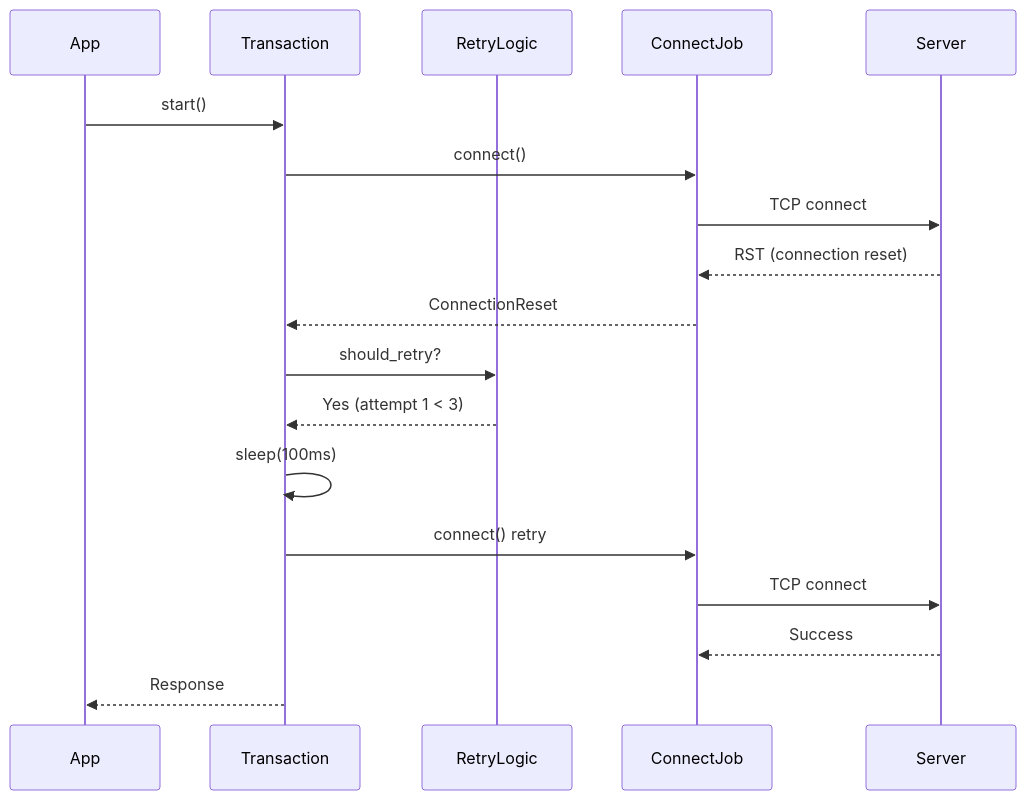
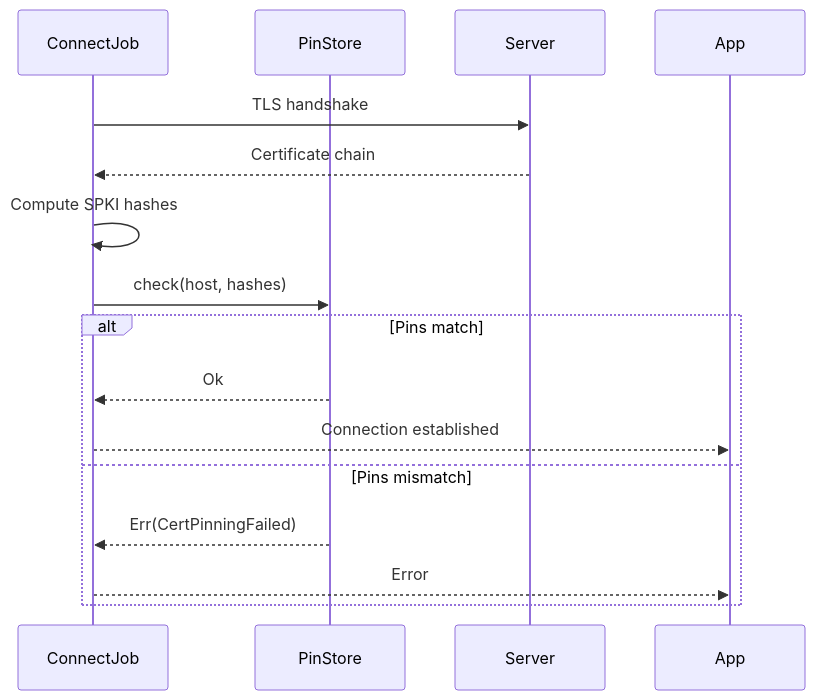
The fourth of 6 diagrams in chromenet/docs/codemap.md (devanjumg70/gdlraw), drawn with Mermaid before and after one commit. The commit also changed other lines of this file and 5 other files, not shown here.

Commit message:
docs: Add TLS security documentation for HSTS, certificate pinning, and CT verification, and update architecture overview.

````diff
--- a/chromenet/docs/codemap.md
+++ b/chromenet/docs/codemap.md
@@ -108,23 +124,18 @@
 ```mermaid
 sequenceDiagram
-    participant App
-    participant Transaction
-    participant RetryLogic
     participant ConnectJob
+    participant PinStore
     participant Server
 
-    App->>Transaction: start()
-    Transaction->>ConnectJob: connect()
-    ConnectJob->>Server: TCP connect
-    Server-->>ConnectJob: RST (connection reset)
-    ConnectJob-->>Transaction: ConnectionReset
-
-    Transaction->>RetryLogic: should_retry?
-    RetryLogic-->>Transaction: Yes (attempt 1 < 3)
-    Transaction->>Transaction: sleep(100ms)
-
-    Transaction->>ConnectJob: connect() retry
-    ConnectJob->>Server: TCP connect
-    Server-->>ConnectJob: Success
-    Transaction-->>App: Response
+    ConnectJob->>Server: TLS handshake
+    Server-->>ConnectJob: Certificate chain
+    ConnectJob->>ConnectJob: Compute SPKI hashes
+    ConnectJob->>PinStore: check(host, hashes)
+    alt Pins match
+        PinStore-->>ConnectJob: Ok
+        ConnectJob-->>App: Connection established
+    else Pins mismatch
+        PinStore-->>ConnectJob: Err(CertPinningFailed)
+        ConnectJob-->>App: Error
+    end
 ```
````
